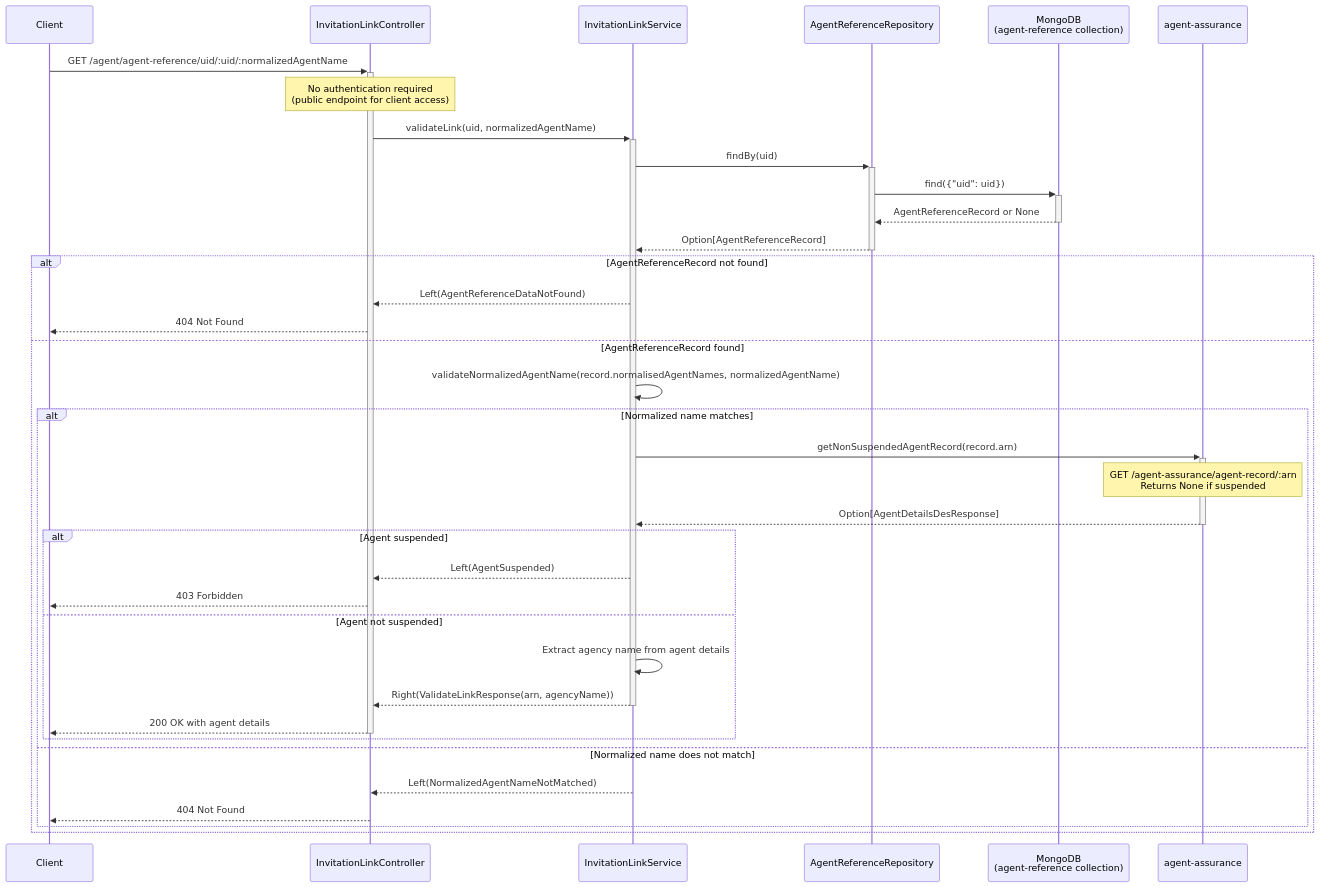
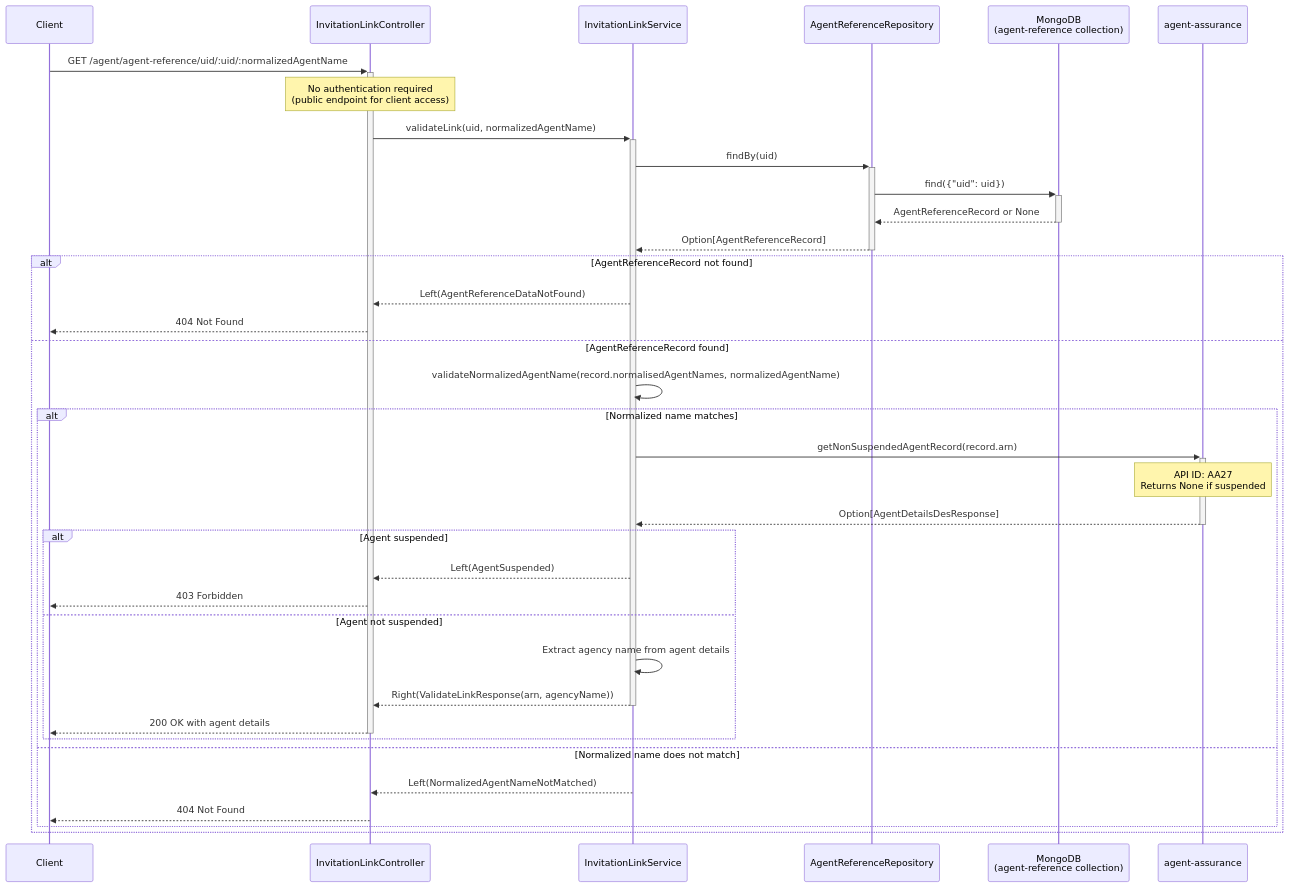
The diagram in service-dependency-map/agent-client-relationships/ACR10/ACR10.mmd (hmrc/agent-client-relationships), drawn with Mermaid before and after one commit. The commit also changed 88 other files, not shown here.

```diff
--- a/service-dependency-map/agent-client-relationships/ACR10/ACR10.mmd
+++ b/service-dependency-map/agent-client-relationships/ACR10/ACR10.mmd
@@ -1,46 +1,46 @@
 %% Last Updated: 2025-11-20
 %% Git Commit SHA: b2138b4e3958677748c1820c3d715d4fbb9d3b2c
 %% Analysis Version: 1.0
 
 sequenceDiagram
     participant Client
     participant ILC as InvitationLinkController
     participant ILS as InvitationLinkService
     participant ARR as AgentReferenceRepository
     participant Mongo as MongoDB<br/>(agent-reference collection)
     participant AAS as agent-assurance
 
     Client->>+ILC: GET /agent/agent-reference/uid/:uid/:normalizedAgentName
     Note over ILC: No authentication required<br/>(public endpoint for client access)
 
     ILC->>+ILS: validateLink(uid, normalizedAgentName)
 
     ILS->>+ARR: findBy(uid)
     ARR->>+Mongo: find({"uid": uid})
     Mongo-->>-ARR: AgentReferenceRecord or None
     ARR-->>-ILS: Option[AgentReferenceRecord]
 
     alt AgentReferenceRecord not found
         ILS-->>ILC: Left(AgentReferenceDataNotFound)
         ILC-->>Client: 404 Not Found
     else AgentReferenceRecord found
         ILS->>ILS: validateNormalizedAgentName(record.normalisedAgentNames, normalizedAgentName)
 
         alt Normalized name matches
             ILS->>+AAS: getNonSuspendedAgentRecord(record.arn)
-            Note over AAS: GET /agent-assurance/agent-record/:arn<br/>Returns None if suspended
+            Note over AAS: API ID: AA27<br/>Returns None if suspended
             AAS-->>-ILS: Option[AgentDetailsDesResponse]
 
             alt Agent suspended
                 ILS-->>ILC: Left(AgentSuspended)
                 ILC-->>Client: 403 Forbidden
             else Agent not suspended
                 ILS->>ILS: Extract agency name from agent details
                 ILS-->>-ILC: Right(ValidateLinkResponse(arn, agencyName))
                 ILC-->>-Client: 200 OK with agent details
             end
         else Normalized name does not match
             ILS-->>ILC: Left(NormalizedAgentNameNotMatched)
             ILC-->>Client: 404 Not Found
         end
     end
```
